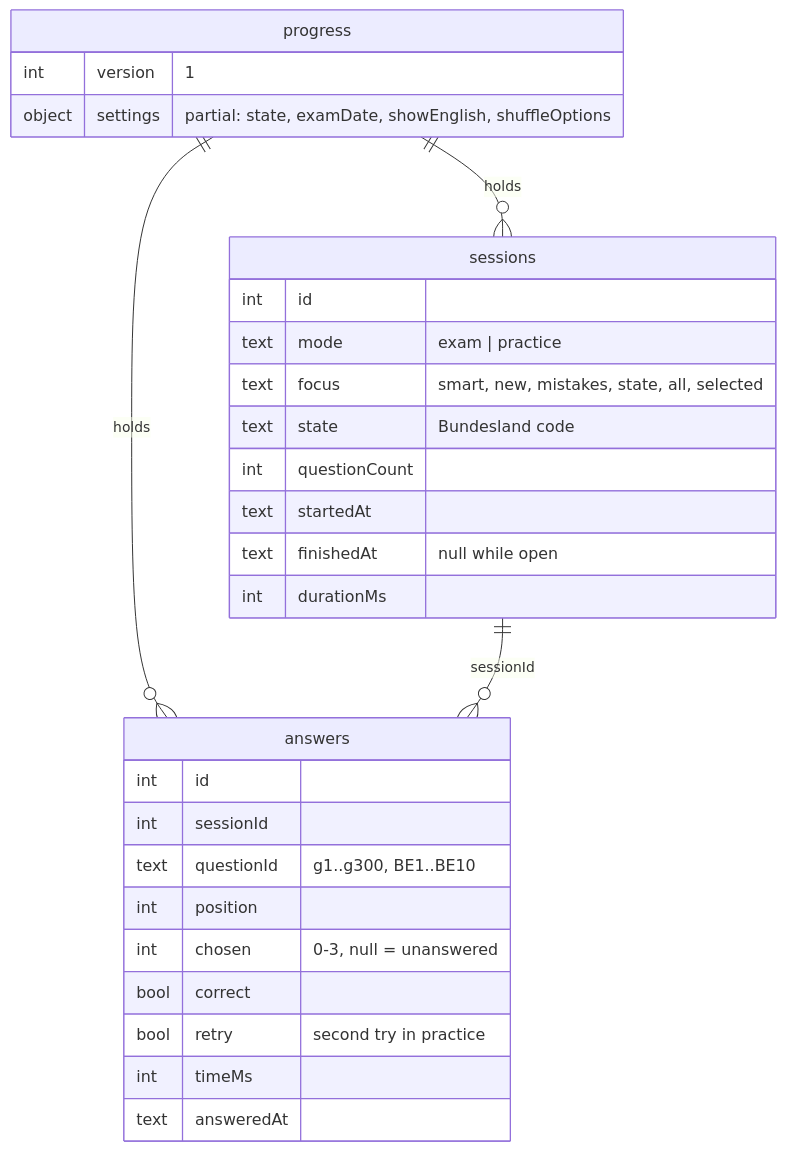
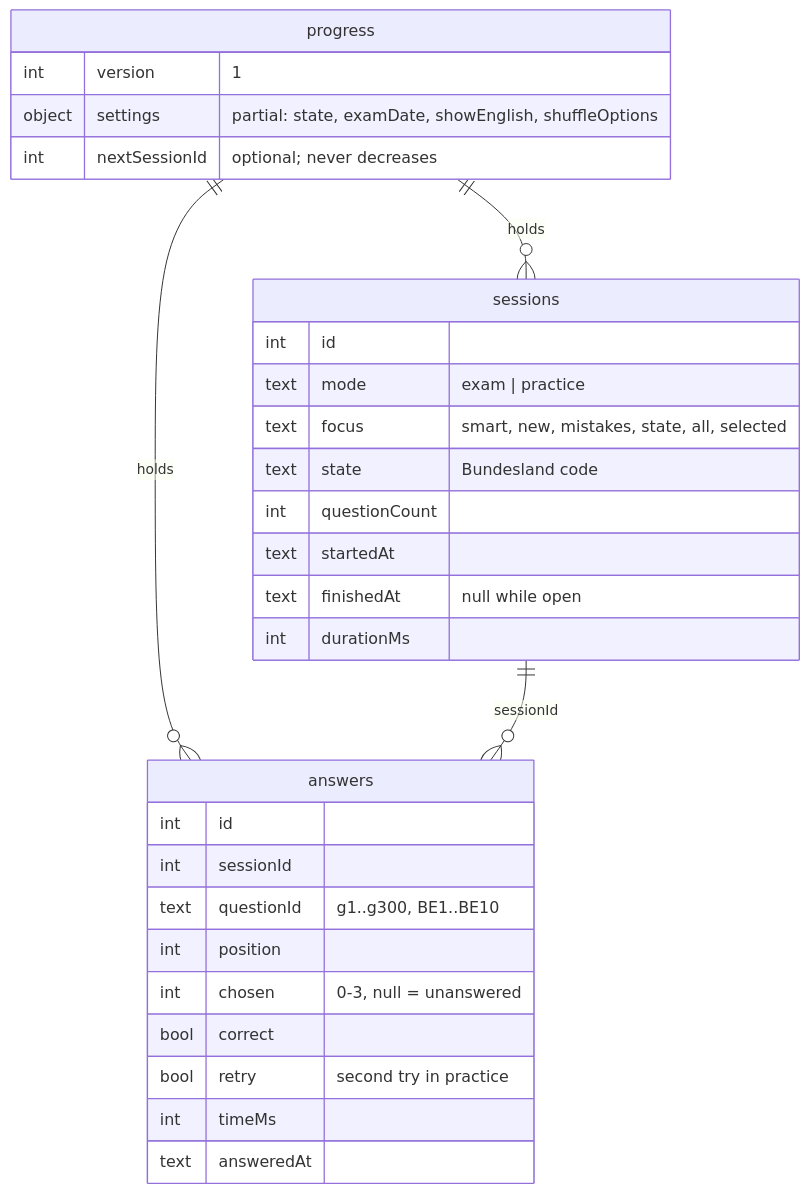
Before and after one commit to IndrajeetPatil/einbuergerungstest: the diagram in docs/progress-database.md, drawn with Mermaid. The commit also changed other lines of this file and 5 other files, not shown here.

First line of the commit message:
fix(progress): never reuse a session id after a reset or import

````diff
--- a/docs/progress-database.md
+++ b/docs/progress-database.md
@@ -10,31 +10,32 @@
 ```mermaid
 erDiagram
   progress ||--o{ sessions : holds
   progress ||--o{ answers : holds
   sessions ||--o{ answers : "sessionId"
   progress {
     int version "1"
     object settings "partial: state, examDate, showEnglish, shuffleOptions"
+    int nextSessionId "optional; never decreases"
   }
   sessions {
     int id
     text mode "exam | practice"
     text focus "smart, new, mistakes, state, all, selected"
     text state "Bundesland code"
     int questionCount
     text startedAt
     text finishedAt "null while open"
     int durationMs
   }
   answers {
     int id
     int sessionId
     text questionId "g1..g300, BE1..BE10"
     int position
     int chosen "0-3, null = unanswered"
     bool correct
     bool retry "second try in practice"
     int timeMs
     text answeredAt
   }
 ```
````
